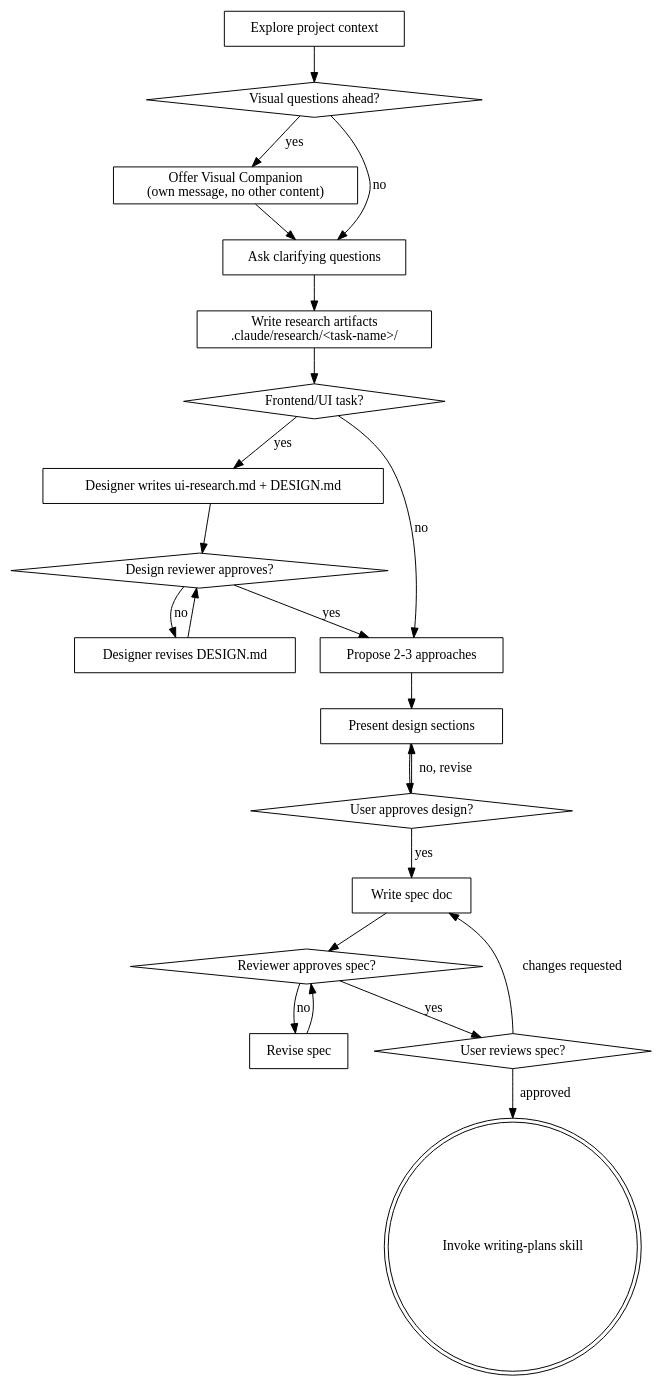
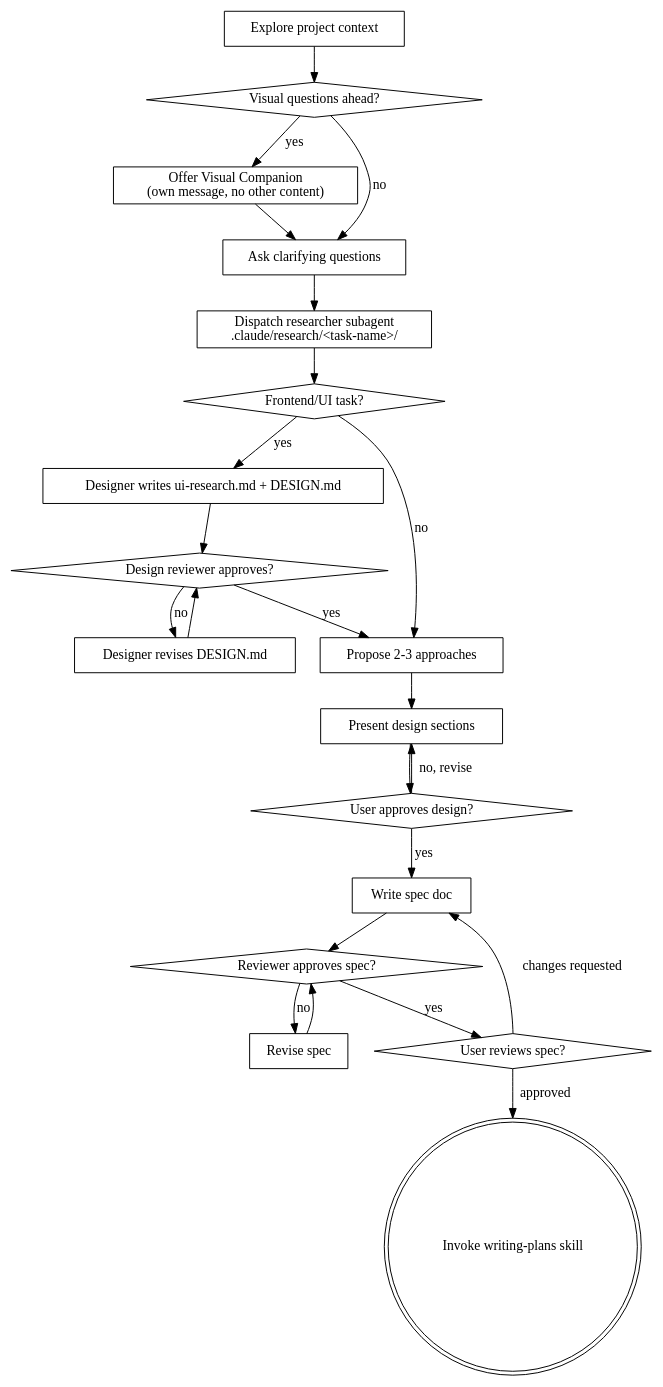
One commit to hgl-pong/claude-code-flow changed the diagram in skills/brainstorming/SKILL.md. Above: the diagram before and after it, drawn with Graphviz. The commit also changed other lines of this file, not shown here.

First line of the commit message:
feat(brainstorming): dispatch researcher subagent instead of ad-hoc research

````diff
--- a/skills/brainstorming/SKILL.md
+++ b/skills/brainstorming/SKILL.md
@@ -39,44 +39,44 @@
 ```dot
 digraph brainstorming {
     "Explore project context" [shape=box];
     "Visual questions ahead?" [shape=diamond];
     "Offer Visual Companion\n(own message, no other content)" [shape=box];
     "Ask clarifying questions" [shape=box];
-    "Write research artifacts\n.claude/research/<task-name>/" [shape=box];
+    "Dispatch researcher subagent\n.claude/research/<task-name>/" [shape=box];
     "Frontend/UI task?" [shape=diamond];
     "Designer writes ui-research.md + DESIGN.md" [shape=box];
     "Design reviewer approves?" [shape=diamond];
     "Designer revises DESIGN.md" [shape=box];
     "Propose 2-3 approaches" [shape=box];
     "Present design sections" [shape=box];
     "User approves design?" [shape=diamond];
     "Write spec doc" [shape=box];
     "Reviewer approves spec?" [shape=diamond];
     "Revise spec" [shape=box];
     "User reviews spec?" [shape=diamond];
     "Invoke writing-plans skill" [shape=doublecircle];
 
     "Explore project context" -> "Visual questions ahead?";
     "Visual questions ahead?" -> "Offer Visual Companion\n(own message, no other content)" [label="yes"];
     "Visual questions ahead?" -> "Ask clarifying questions" [label="no"];
     "Offer Visual Companion\n(own message, no other content)" -> "Ask clarifying questions";
-    "Ask clarifying questions" -> "Write research artifacts\n.claude/research/<task-name>/";
-    "Write research artifacts\n.claude/research/<task-name>/" -> "Frontend/UI task?";
+    "Ask clarifying questions" -> "Dispatch researcher subagent\n.claude/research/<task-name>/";
+    "Dispatch researcher subagent\n.claude/research/<task-name>/" -> "Frontend/UI task?";
     "Frontend/UI task?" -> "Designer writes ui-research.md + DESIGN.md" [label="yes"];
     "Designer writes ui-research.md + DESIGN.md" -> "Design reviewer approves?";
     "Design reviewer approves?" -> "Designer revises DESIGN.md" [label="no"];
     "Designer revises DESIGN.md" -> "Design reviewer approves?";
     "Design reviewer approves?" -> "Propose 2-3 approaches" [label="yes"];
     "Frontend/UI task?" -> "Propose 2-3 approaches" [label="no"];
     "Propose 2-3 approaches" -> "Present design sections";
     "Present design sections" -> "User approves design?";
     "User approves design?" -> "Present design sections" [label="no, revise"];
     "User approves design?" -> "Write spec doc" [label="yes"];
     "Write spec doc" -> "Reviewer approves spec?";
     "Reviewer approves spec?" -> "Revise spec" [label="no"];
     "Revise spec" -> "Reviewer approves spec?";
     "Reviewer approves spec?" -> "User reviews spec?" [label="yes"];
     "User reviews spec?" -> "Write spec doc" [label="changes requested"];
     "User reviews spec?" -> "Invoke writing-plans skill" [label="approved"];
 }
 ```
````
